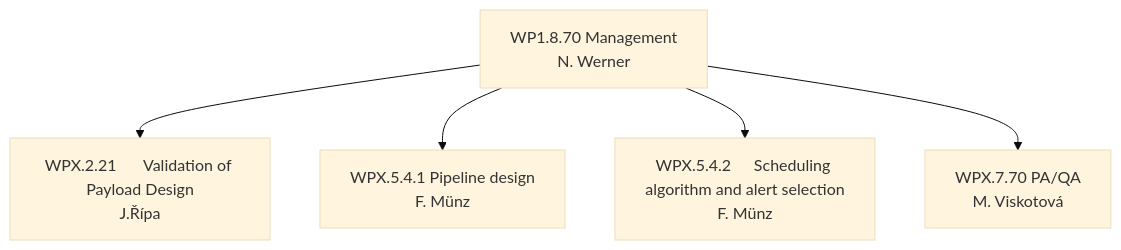
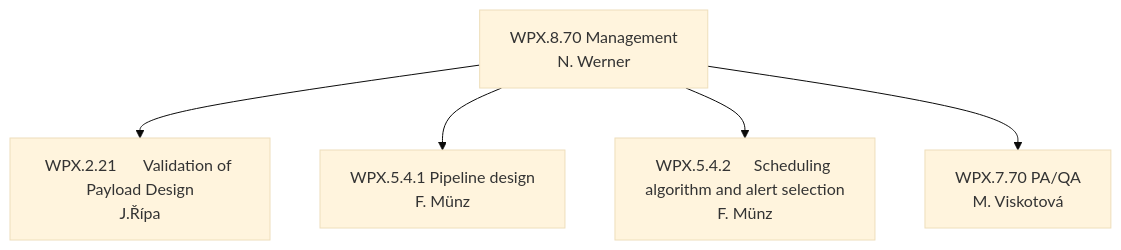
Before and after one commit to limu007/quvik: the first of 3 diagrams in calib/Workflow.md, drawn with Mermaid (base theme). The commit also changed other lines of this file, not shown here.

````diff
--- a/calib/Workflow.md
+++ b/calib/Workflow.md
@@ -4,13 +4,13 @@
 ```mermaid
 flowchart TD
-a[WP1.8.70 Management
+a[WPX.8.70 Management
 N. Werner] --> b[WPX.2.21	Validation of Payload Design
 J.Řípa]
 a --> c[WPX.5.4.1 	Pipeline design
 F. Münz]
 a --> d[WPX.5.4.2	Scheduling algorithm and alert selection
 F. Münz]
 a-->e[WPX.7.70	PA/QA
 M. Viskotová]
 
 ```
````
